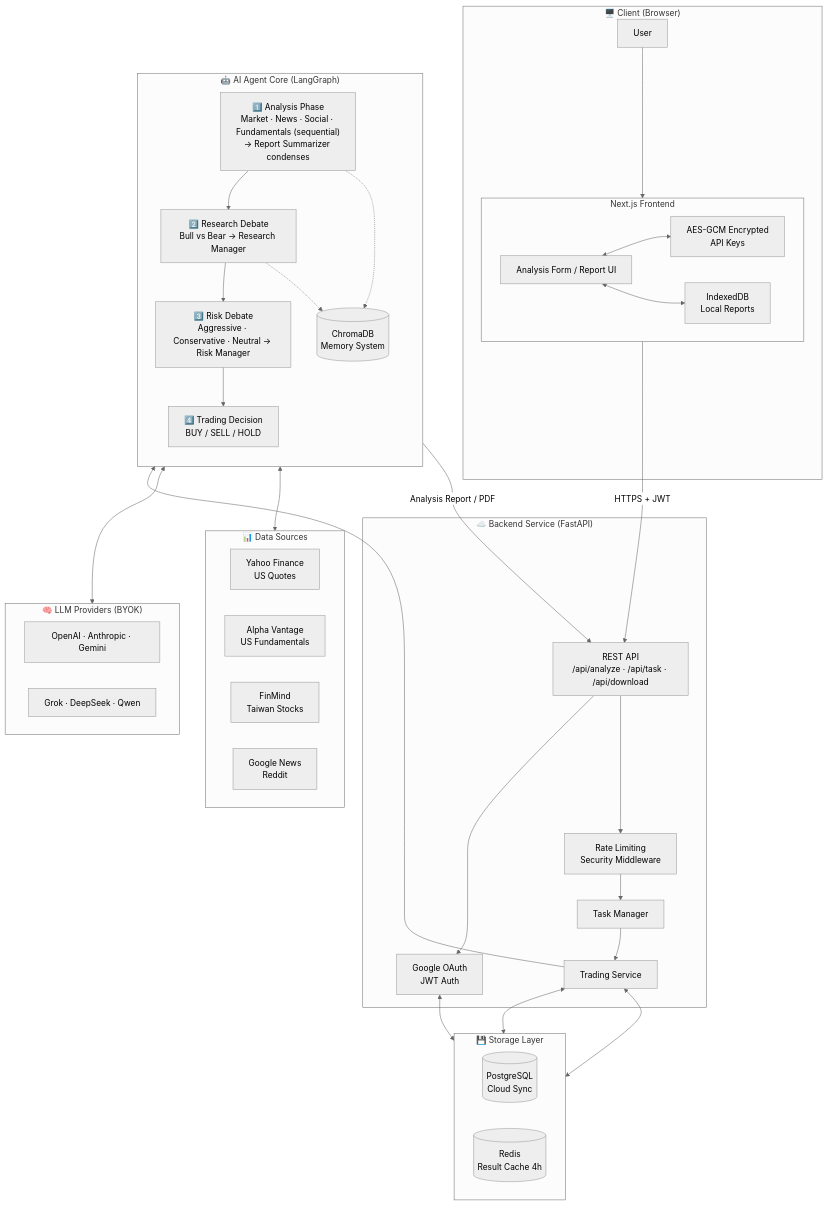
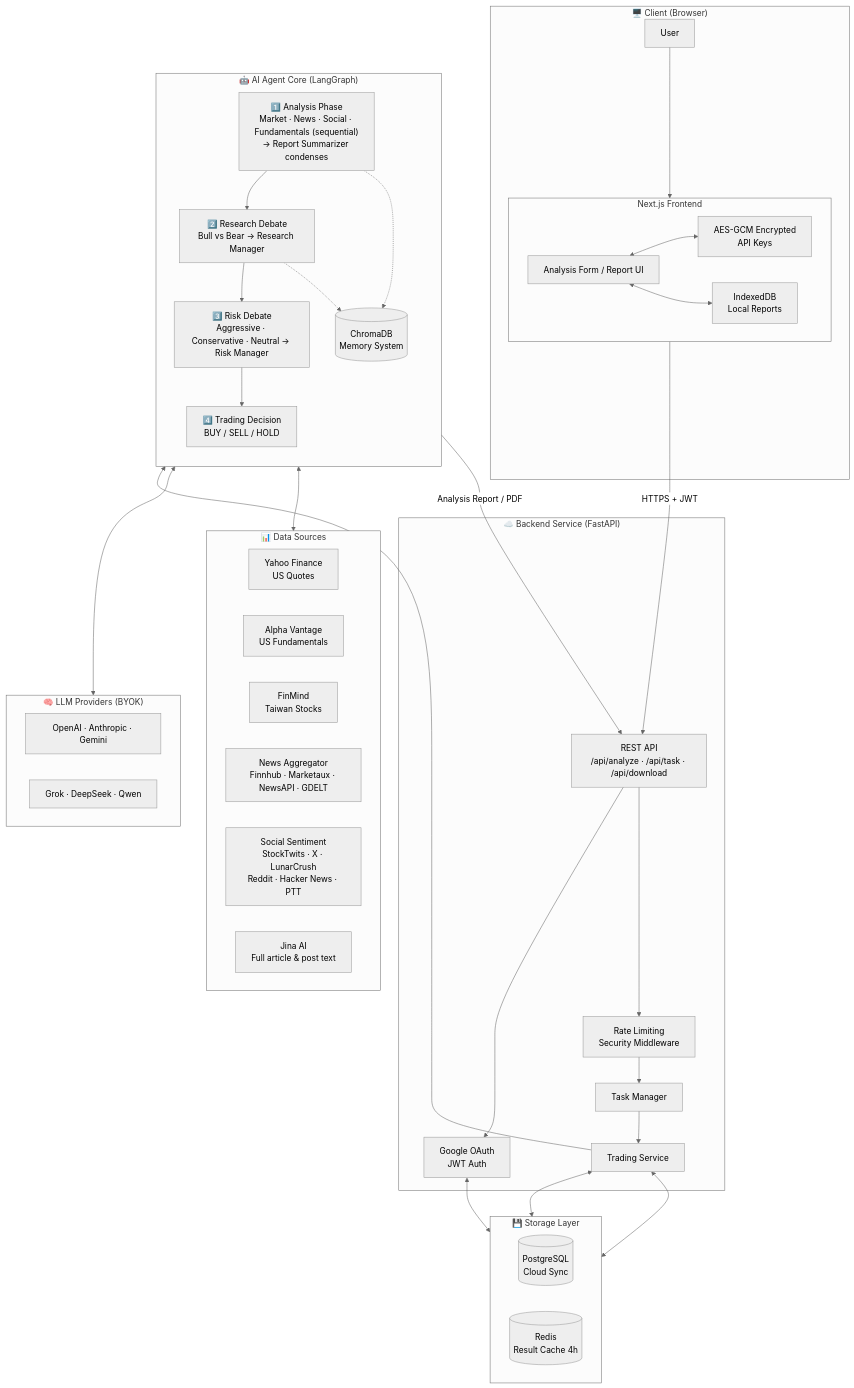
The diagram in README_EN.md (Yao920127/TradingAgentsX), drawn with Mermaid (neutral theme) before and after one commit. The commit also changed other lines of this file and 3 other files, not shown here.

````diff
--- a/README_EN.md
+++ b/README_EN.md
@@ -50,66 +53,68 @@
 ```mermaid
 flowchart TB
     subgraph Client["🖥️ Client (Browser)"]
         U["User"]
         subgraph FE["Next.js Frontend"]
             direction LR
             UI["Analysis Form / Report UI"]
             CRYPTO["AES-GCM Encrypted<br/>API Keys"]
             IDB["IndexedDB<br/>Local Reports"]
         end
     end
 
     subgraph Server["☁️ Backend Service (FastAPI)"]
         API["REST API<br/>/api/analyze · /api/task · /api/download"]
         RL["Rate Limiting<br/>Security Middleware"]
         TM["Task Manager"]
         TS["Trading Service"]
         AUTH["Google OAuth<br/>JWT Auth"]
     end
 
     subgraph Core["🤖 AI Agent Core (LangGraph)"]
         direction TB
         P1["1️⃣ Analysis Phase<br/>Market · News · Social · Fundamentals (sequential)<br/>→ Report Summarizer condenses"]
         P2["2️⃣ Research Debate<br/>Bull vs Bear → Research Manager"]
         P3["3️⃣ Risk Debate<br/>Aggressive · Conservative · Neutral → Risk Manager"]
         P4["4️⃣ Trading Decision<br/>BUY / SELL / HOLD"]
         P1 --> P2 --> P3 --> P4
         MEM[("ChromaDB<br/>Memory System")]
     end
 
     subgraph Data["📊 Data Sources"]
         direction LR
         YF["Yahoo Finance<br/>US Quotes"]
         AV["Alpha Vantage<br/>US Fundamentals"]
         FM["FinMind<br/>Taiwan Stocks"]
-        NEWS["Google News<br/>Reddit"]
+        NEWS["News Aggregator<br/>Finnhub · Marketaux · NewsAPI · GDELT"]
+        SOCIAL["Social Sentiment<br/>StockTwits · X · LunarCrush<br/>Reddit · Hacker News · PTT"]
+        JINA["Jina AI<br/>Full article & post text"]
     end
 
     subgraph LLM["🧠 LLM Providers (BYOK)"]
         direction LR
         L1["OpenAI · Anthropic · Gemini"]
         L2["Grok · DeepSeek · Qwen"]
     end
 
     subgraph Store["💾 Storage Layer"]
         direction LR
         PG[("PostgreSQL<br/>Cloud Sync")]
         RD[("Redis<br/>Result Cache 4h")]
     end
 
     U --> UI
     UI <--> CRYPTO
     UI <--> IDB
     UI -->|HTTPS + JWT| API
     API --> RL --> TM --> TS
     API --> AUTH
     TS --> P1
     P4 -->|Analysis Report / PDF| API
     Core <--> Data
     Core <--> LLM
     P1 -.-> MEM
     P2 -.-> MEM
     TS <--> RD
     AUTH <--> PG
     TS <--> PG
 ```
````
